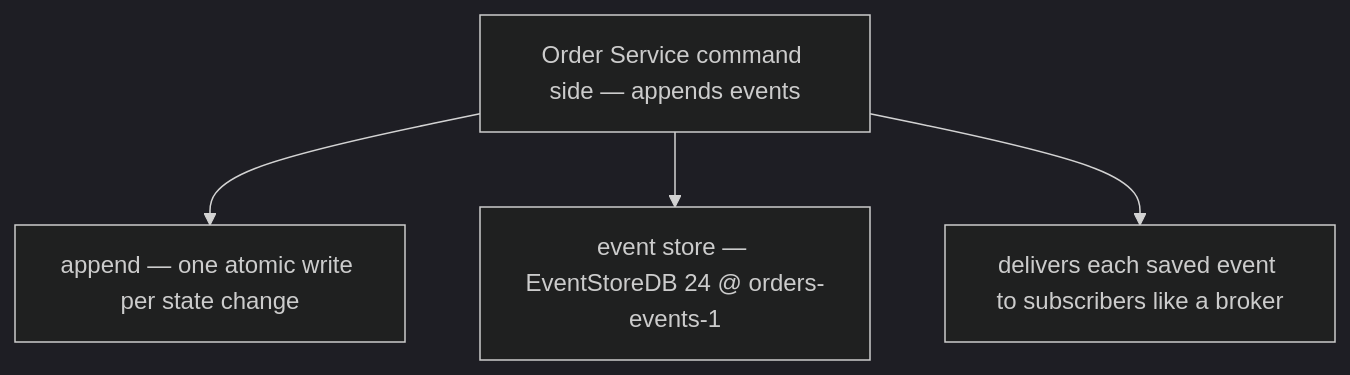
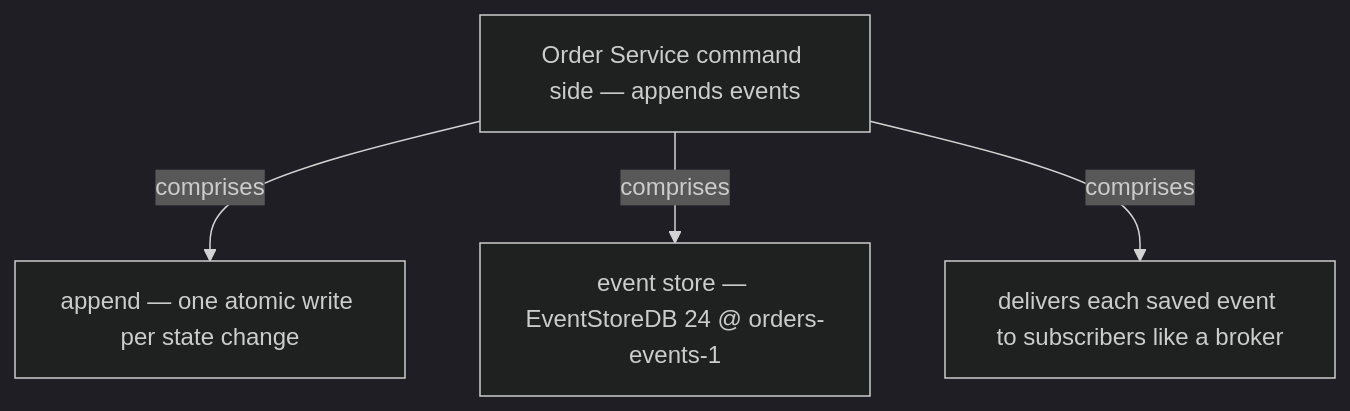
The fifth of 14 diagrams in docs/ch19-event-sourcing.md (vinayakuber/microservices-io-study-guide), drawn with Mermaid (dark theme) before and after one commit. The commit also changed other lines of this file and 71 other files, not shown here.

First line of the commit message:
R18: label every diagram arrow with its meaning

````diff
--- a/docs/ch19-event-sourcing.md
+++ b/docs/ch19-event-sourcing.md
@@ -212,7 +212,7 @@
 ```mermaid
 flowchart TD
   R["Order Service command side — appends events"]
-  R --> P0["append — one atomic write per state change"]
-  R --> P1["event store — EventStoreDB 24 @ orders-events-1"]
-  R --> P2["delivers each saved event to subscribers like a broker"]
+  R -->|"comprises"| P0["append — one atomic write per state change"]
+  R -->|"comprises"| P1["event store — EventStoreDB 24 @ orders-events-1"]
+  R -->|"comprises"| P2["delivers each saved event to subscribers like a broker"]
 ```
````
